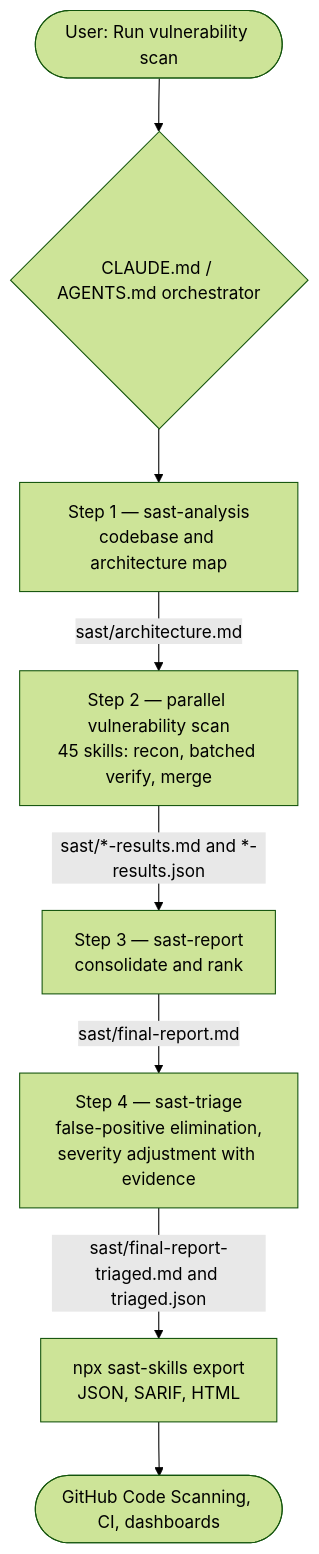
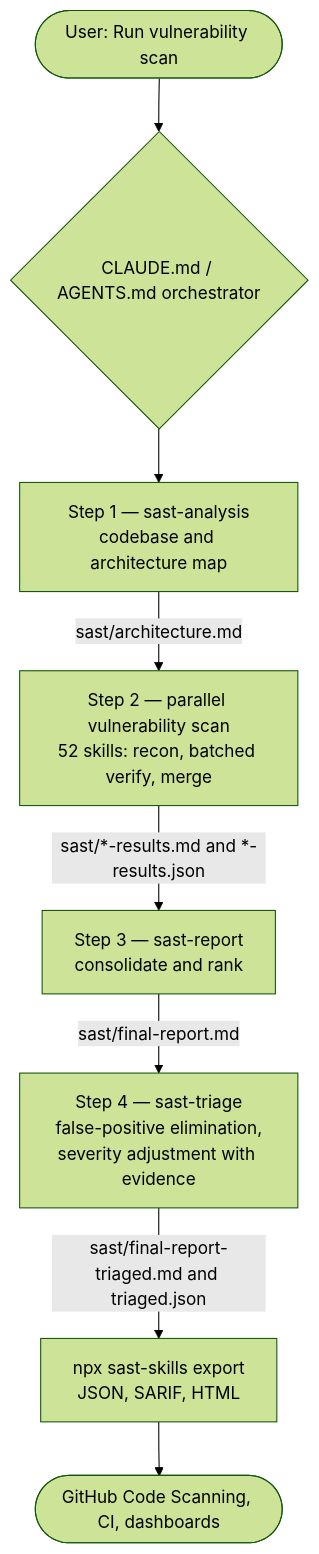
The diagram in README.md (mstfknn/sast-skills), drawn with Mermaid (forest theme) before and after one commit. The commit also changed other lines of this file and 17 other files, not shown here.

````diff
--- a/README.md
+++ b/README.md
@@ -62,10 +62,10 @@
 ```mermaid
 flowchart TD
     U(["User: Run vulnerability scan"]) --> R{"CLAUDE.md / AGENTS.md orchestrator"}
     R --> S1["Step 1 — sast-analysis<br/>codebase and architecture map"]
-    S1 -->|sast/architecture.md| S2["Step 2 — parallel vulnerability scan<br/>45 skills: recon, batched verify, merge"]
+    S1 -->|sast/architecture.md| S2["Step 2 — parallel vulnerability scan<br/>52 skills: recon, batched verify, merge"]
     S2 -->|sast/*-results.md and *-results.json| S3["Step 3 — sast-report<br/>consolidate and rank"]
     S3 -->|sast/final-report.md| S4["Step 4 — sast-triage<br/>false-positive elimination,<br/>severity adjustment with evidence"]
     S4 -->|sast/final-report-triaged.md and triaged.json| EXP["npx sast-skills export<br/>JSON, SARIF, HTML"]
     EXP --> CS(["GitHub Code Scanning, CI, dashboards"])
 ```
````
